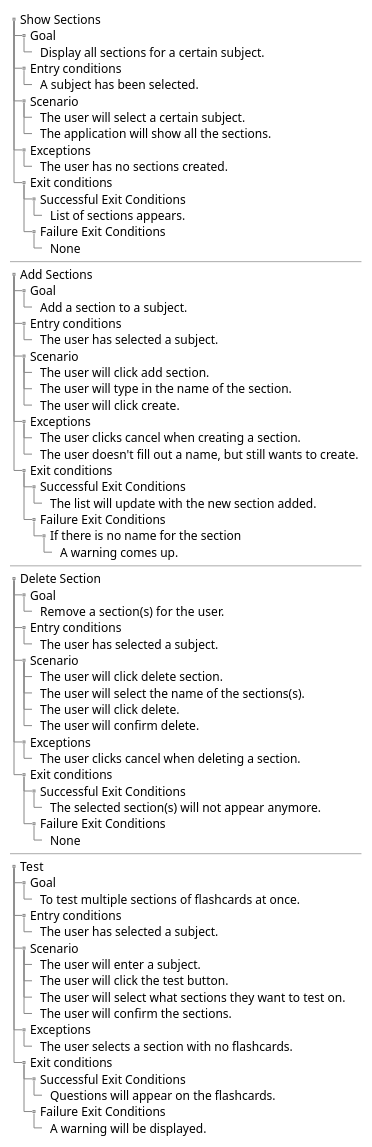
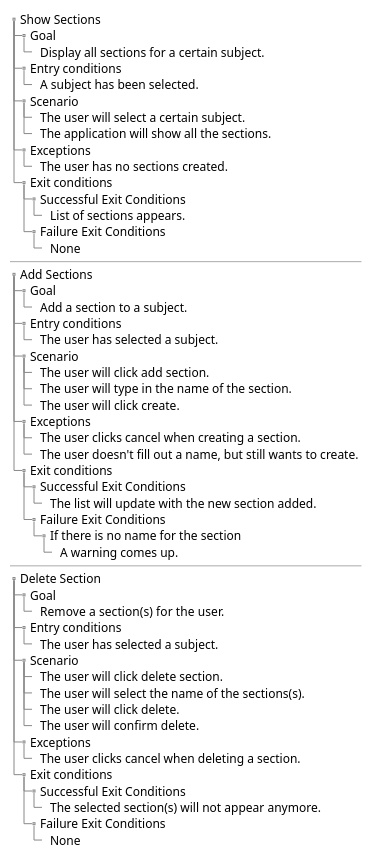
One commit to ultiferrago/ElStudioGato changed the diagram in app/UML/Usecases/Section.puml. Above: the diagram before and after it, drawn with PlantUML. The commit also changed 11 other files, not shown here.

Commit message:
UML update

```diff
--- a/app/UML/Usecases/Section.puml
+++ b/app/UML/Usecases/Section.puml
@@ -1,82 +1,63 @@
 @startsalt
 {
 {T
 + Show Sections
 ++  Goal
 +++ Display all sections for a certain subject.
 ++ Entry conditions
 +++ A subject has been selected.
 ++ Scenario
 +++ The user will select a certain subject.
 +++ The application will show all the sections.
 ++ Exceptions
 +++ The user has no sections created.
 ++ Exit conditions
 +++ Successful Exit Conditions
 ++++ List of sections appears.
 +++ Failure Exit Conditions
 ++++ None
 }
 ---
 {T
 + Add Sections
 ++  Goal
 +++ Add a section to a subject.
 ++ Entry conditions
 +++ The user has selected a subject.
 ++ Scenario
 +++ The user will click add section.
 +++ The user will type in the name of the section.
 +++ The user will click create.
 ++ Exceptions
 +++ The user clicks cancel when creating a section.
 +++ The user doesn't fill out a name, but still wants to create.
 ++ Exit conditions
 +++ Successful Exit Conditions
 ++++ The list will update with the new section added.
 +++ Failure Exit Conditions
 ++++ If there is no name for the section
 +++++A warning comes up.
 }
 ---
 {T
 + Delete Section
 ++  Goal
 +++ Remove a section(s) for the user.
 ++ Entry conditions
 +++ The user has selected a subject.
 ++ Scenario
 +++ The user will click delete section.
 +++ The user will select the name of the sections(s).
 +++ The user will click delete.
 +++ The user will confirm delete.
 ++ Exceptions
 +++ The user clicks cancel when deleting a section.
 ++ Exit conditions
 +++ Successful Exit Conditions
 ++++ The selected section(s) will not appear anymore.
 +++ Failure Exit Conditions
 ++++None
 }
----
-{T
-+ Test
-++  Goal
-+++ To test multiple sections of flashcards at once.
-++ Entry conditions
-+++ The user has selected a subject.
-++ Scenario
-+++ The user will enter a subject.
-+++ The user will click the test button.
-+++ The user will select what sections they want to test on.
-+++ The user will confirm the sections.
-++ Exceptions
-+++ The user selects a section with no flashcards.
-++ Exit conditions
-+++ Successful Exit Conditions
-++++ Questions will appear on the flashcards.
-+++ Failure Exit Conditions
-++++ A warning will be displayed.
-}
+
 }
 @endsalt
```
